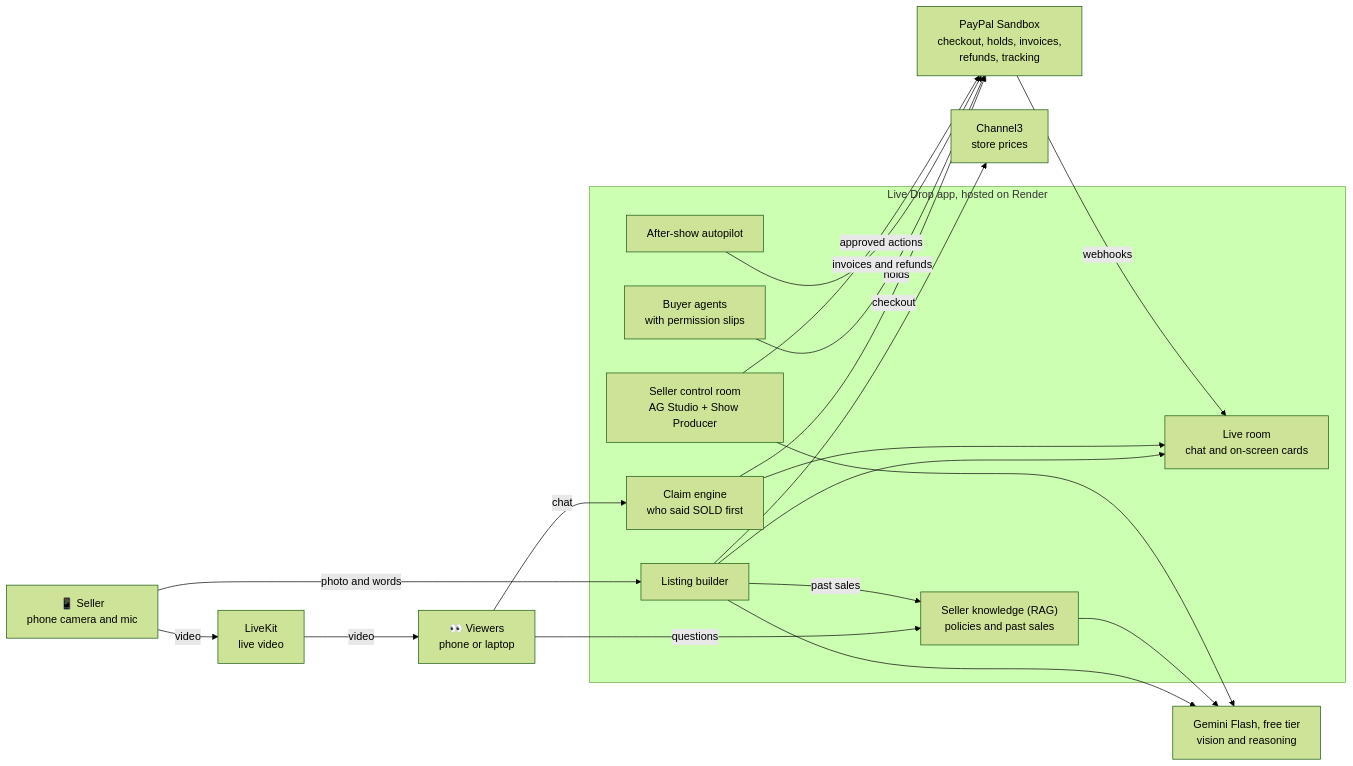
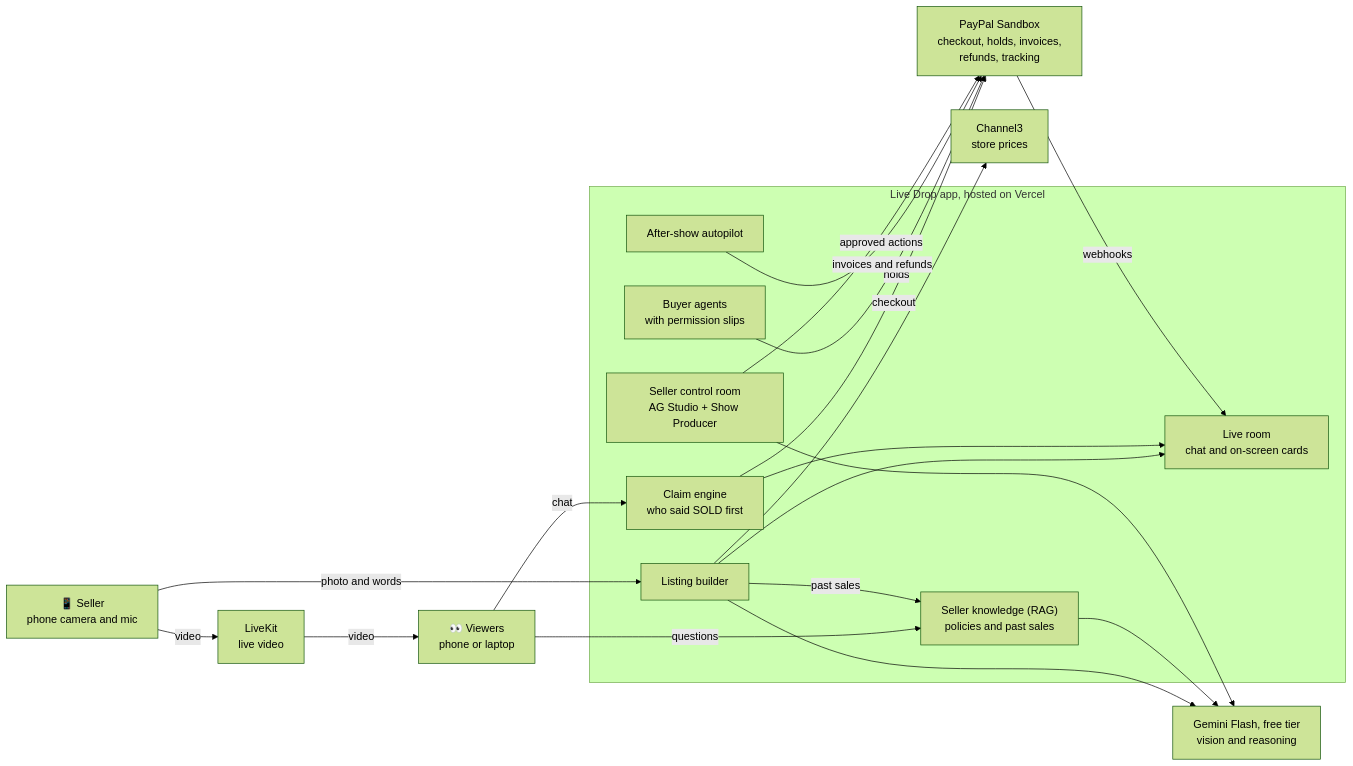
Before and after one commit to bhoomiladia/LiveDrop: the first of 4 diagrams in README.md, drawn with Mermaid (forest theme). The commit also changed other lines of this file and 5 other files, not shown here.

Commit message:
docs: update README with live Vercel deployment and branding assets

````diff
--- a/README.md
+++ b/README.md
@@ -185,38 +184,38 @@
 ```mermaid
 flowchart LR
     seller["📱 Seller<br/>phone camera and mic"]
     viewers["👀 Viewers<br/>phone or laptop"]
 
-    subgraph app["Live Drop app, hosted on Render"]
+    subgraph app["Live Drop app, hosted on Vercel"]
         room["Live room<br/>chat and on-screen cards"]
         lister["Listing builder"]
         claims["Claim engine<br/>who said SOLD first"]
         agents["Buyer agents<br/>with permission slips"]
         after["After-show autopilot"]
         studio["Seller control room<br/>AG Studio + Show Producer"]
         knowledge["Seller knowledge (RAG)<br/>policies and past sales"]
     end
 
     livekit["LiveKit<br/>live video"]
     gemini["Gemini Flash, free tier<br/>vision and reasoning"]
     channel3["Channel3<br/>store prices"]
     paypal["PayPal Sandbox<br/>checkout, holds, invoices,<br/>refunds, tracking"]
 
     seller -->|video| livekit
     livekit -->|video| viewers
     seller -->|photo and words| lister
     lister --> gemini
     lister --> channel3
     lister --> room
     viewers -->|chat| claims
     viewers -->|questions| knowledge
     lister -->|past sales| knowledge
     knowledge --> gemini
     claims --> room
     claims -->|checkout| paypal
     agents -->|holds| paypal
     after -->|invoices and refunds| paypal
     studio --> gemini
     studio -->|approved actions| paypal
     paypal -->|webhooks| room
 ```
````
